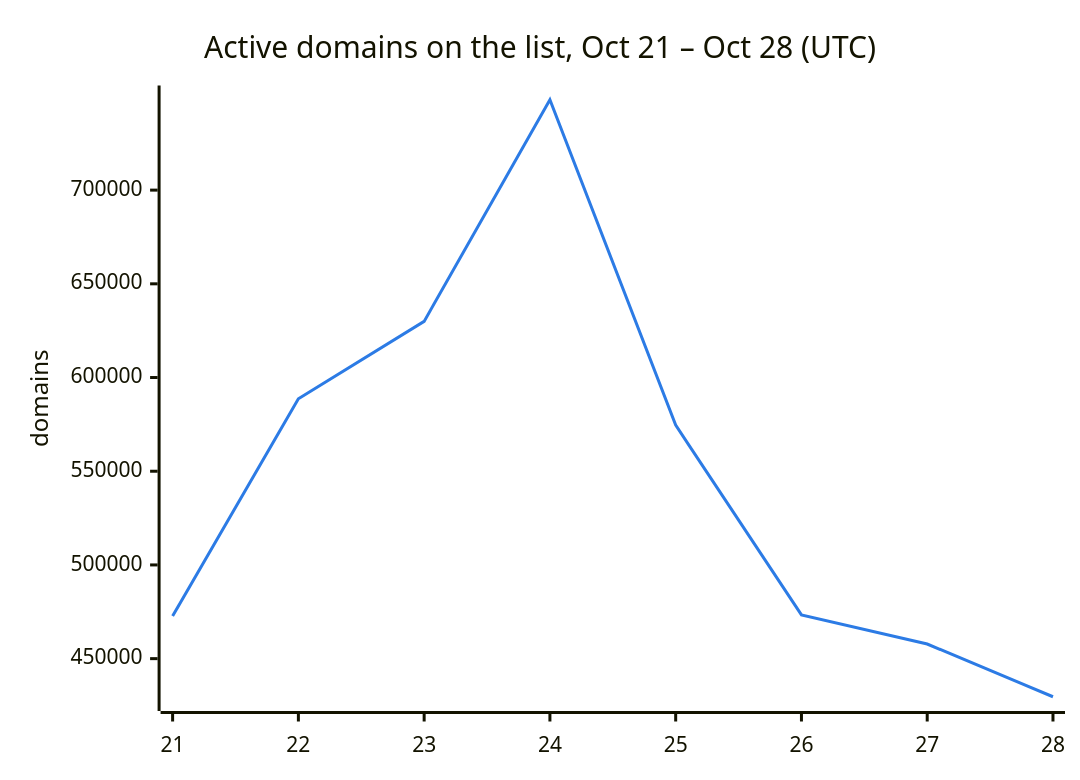
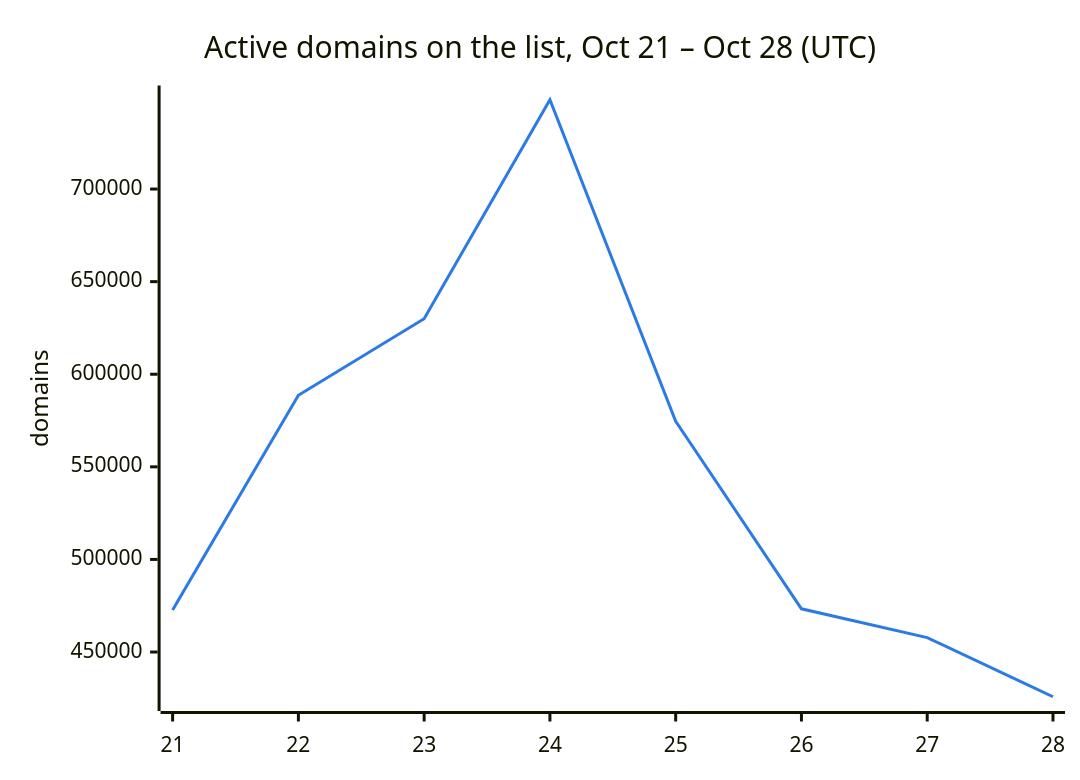
Before and after one commit to DNSBunker/CTI: the second of 3 diagrams in README.md, drawn with Mermaid. The commit also changed other lines of this file and 3 other files, not shown here.

````diff
--- a/README.md
+++ b/README.md
@@ -38,8 +38,8 @@
 ```mermaid
 %%{init: {"themeVariables": {"xyChart": {"plotColorPalette": "#2c7be5"}}}}%%
 xychart-beta
     title "Active domains on the list, Oct 21 – Oct 28 (UTC)"
     x-axis ["21", "22", "23", "24", "25", "26", "27", "28"]
     y-axis "domains"
-    line [472713, 588659, 629951, 748222, 574614, 473331, 457795, 429664]
+    line [472713, 588659, 629951, 748222, 574614, 473331, 457795, 425849]
 ```
````
